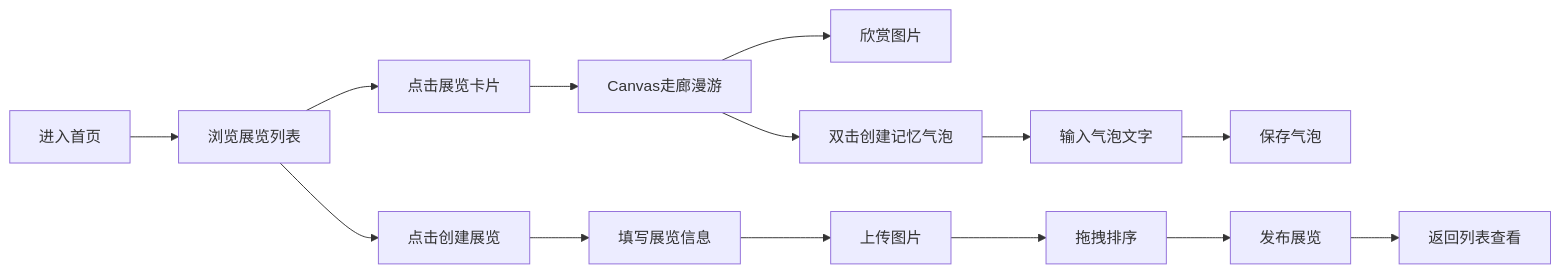
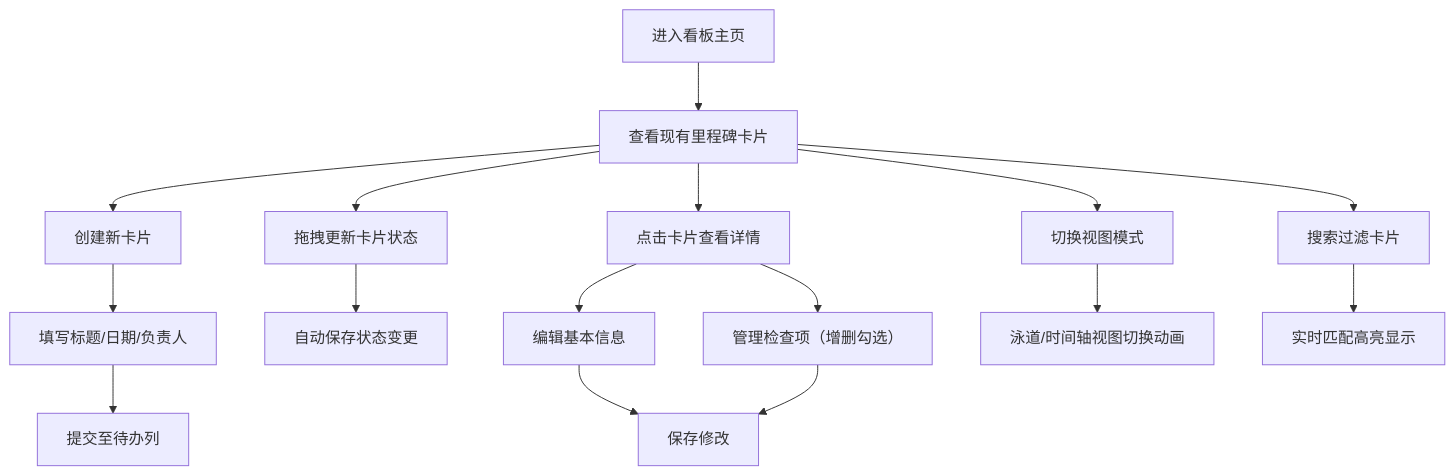
The diagram in cp2_6.11_auto8/.trae/documents/PRD.md (SChen0447/solo_new), drawn with Mermaid before and after one commit. The commit also changed other lines of this file and 28 other files, not shown here.

````diff
--- a/cp2_6.11_auto8/.trae/documents/PRD.md
+++ b/cp2_6.11_auto8/.trae/documents/PRD.md
@@ -41,16 +34,18 @@
 ```mermaid
-flowchart LR
-    A["进入首页"] --> B["浏览展览列表"]
-    B --> C["点击展览卡片"]
-    C --> D["Canvas走廊漫游"]
-    D --> E["欣赏图片"]
-    D --> F["双击创建记忆气泡"]
-    F --> G["输入气泡文字"]
-    G --> H["保存气泡"]
-    B --> I["点击创建展览"]
-    I --> J["填写展览信息"]
-    J --> K["上传图片"]
-    K --> L["拖拽排序"]
-    L --> M["发布展览"]
-    M --> N["返回列表查看"]
+flowchart TD
+    A["进入看板主页"] --> B["查看现有里程碑卡片"]
+    B --> C["创建新卡片"]
+    B --> D["拖拽更新卡片状态"]
+    B --> E["点击卡片查看详情"]
+    B --> F["切换视图模式"]
+    B --> G["搜索过滤卡片"]
+    C --> H["填写标题/日期/负责人"]
+    H --> I["提交至待办列"]
+    D --> J["自动保存状态变更"]
+    E --> K["编辑基本信息"]
+    E --> L["管理检查项（增删勾选）"]
+    K --> M["保存修改"]
+    L --> M
+    F --> N["泳道/时间轴视图切换动画"]
+    G --> O["实时匹配高亮显示"]
 ```
````
